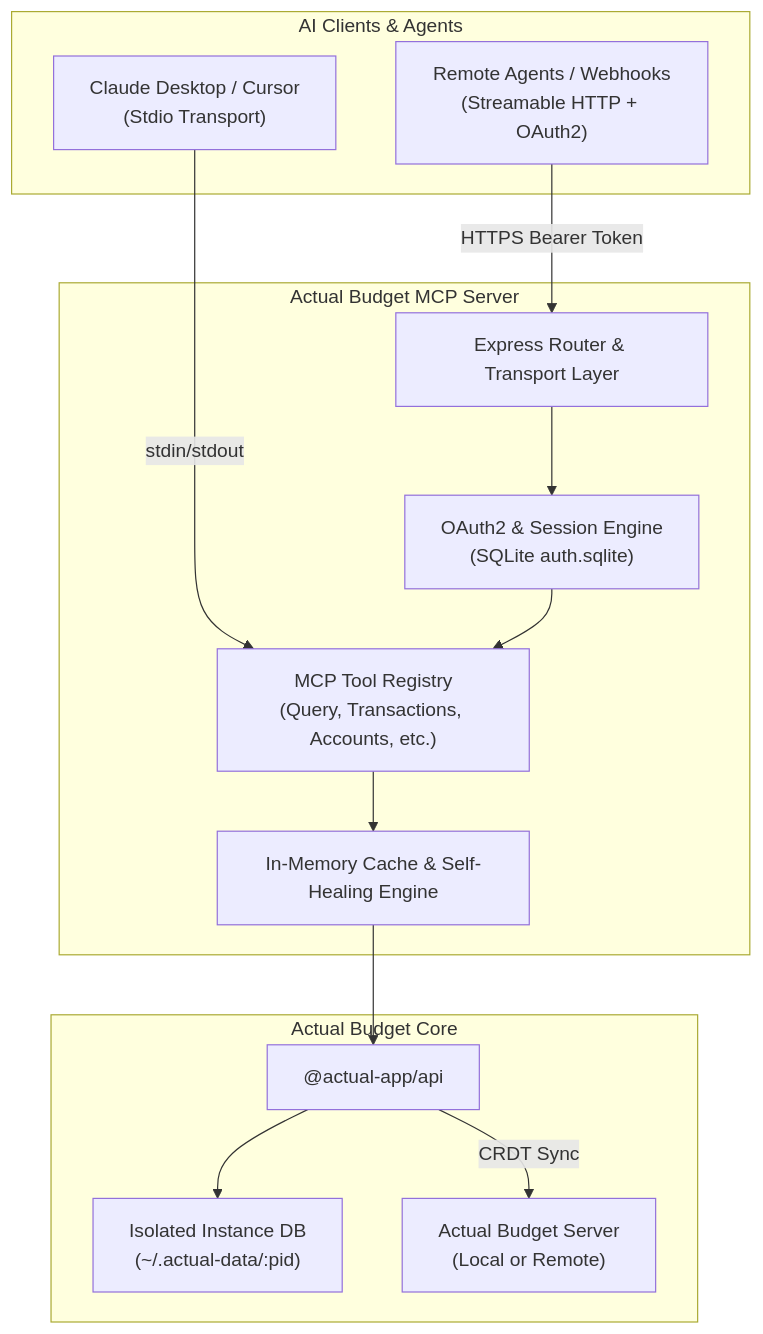
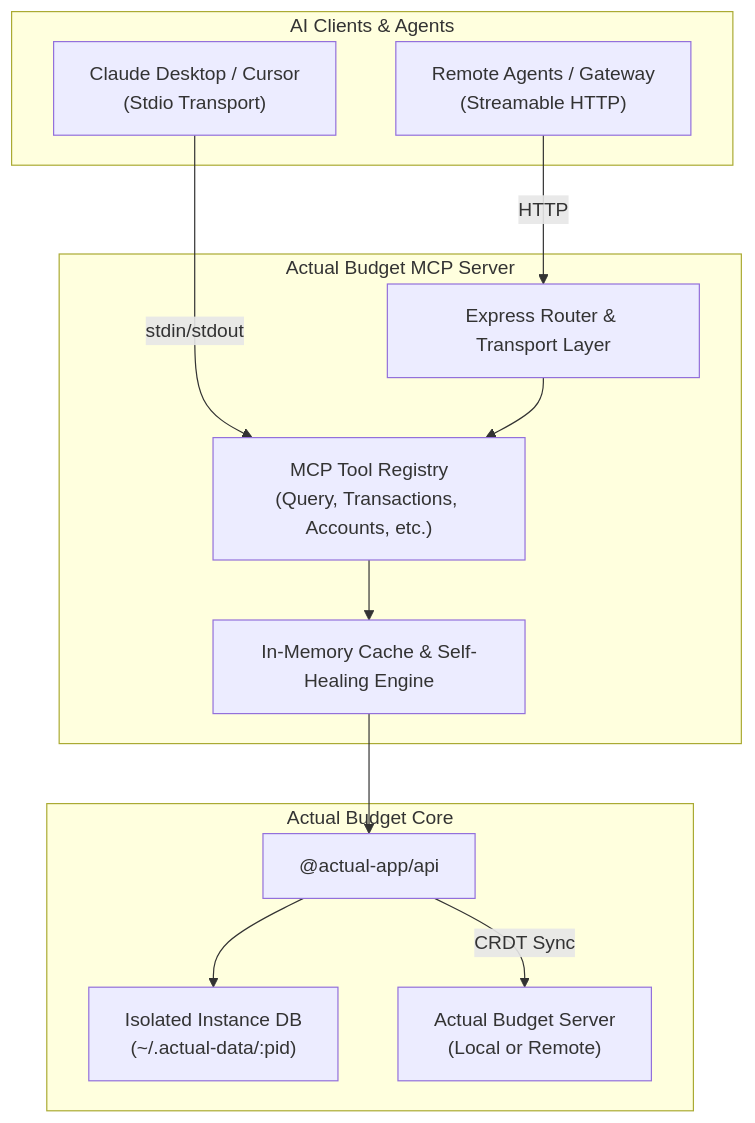
One commit to jimmyzmli/actual-mcp changed the diagram in README.md. Above: the diagram before and after it, drawn with Mermaid. The commit also changed other lines of this file and 5 other files, not shown here.

Commit message:
refactor: remove OAuth2 code, args, and docs from actual-mcp (migrated to gateway-mcp)

````diff
--- a/README.md
+++ b/README.md
@@ -39,29 +32,27 @@
 ```mermaid
 flowchart TD
     subgraph Clients ["AI Clients & Agents"]
         Claude["Claude Desktop / Cursor<br/>(Stdio Transport)"]
-        Remote["Remote Agents / Webhooks<br/>(Streamable HTTP + OAuth2)"]
+        Remote["Remote Agents / Gateway<br/>(Streamable HTTP)"]
     end
 
     subgraph Server ["Actual Budget MCP Server"]
         Router["Express Router & Transport Layer"]
-        Auth["OAuth2 & Session Engine<br/>(SQLite auth.sqlite)"]
         Tools["MCP Tool Registry<br/>(Query, Transactions, Accounts, etc.)"]
         Cache["In-Memory Cache & Self-Healing Engine"]
     end
 
     subgraph ActualCore ["Actual Budget Core"]
         API["@actual-app/api"]
         Instance["Isolated Instance DB<br/>(~/.actual-data/:pid)"]
         Sync["Actual Budget Server<br/>(Local or Remote)"]
     end
 
     Claude -->|stdin/stdout| Tools
-    Remote -->|HTTPS Bearer Token| Router
-    Router --> Auth
-    Auth --> Tools
+    Remote -->|HTTP| Router
+    Router --> Tools
     Tools --> Cache
     Cache --> API
     API --> Instance
     API -->|CRDT Sync| Sync
 ```
````
